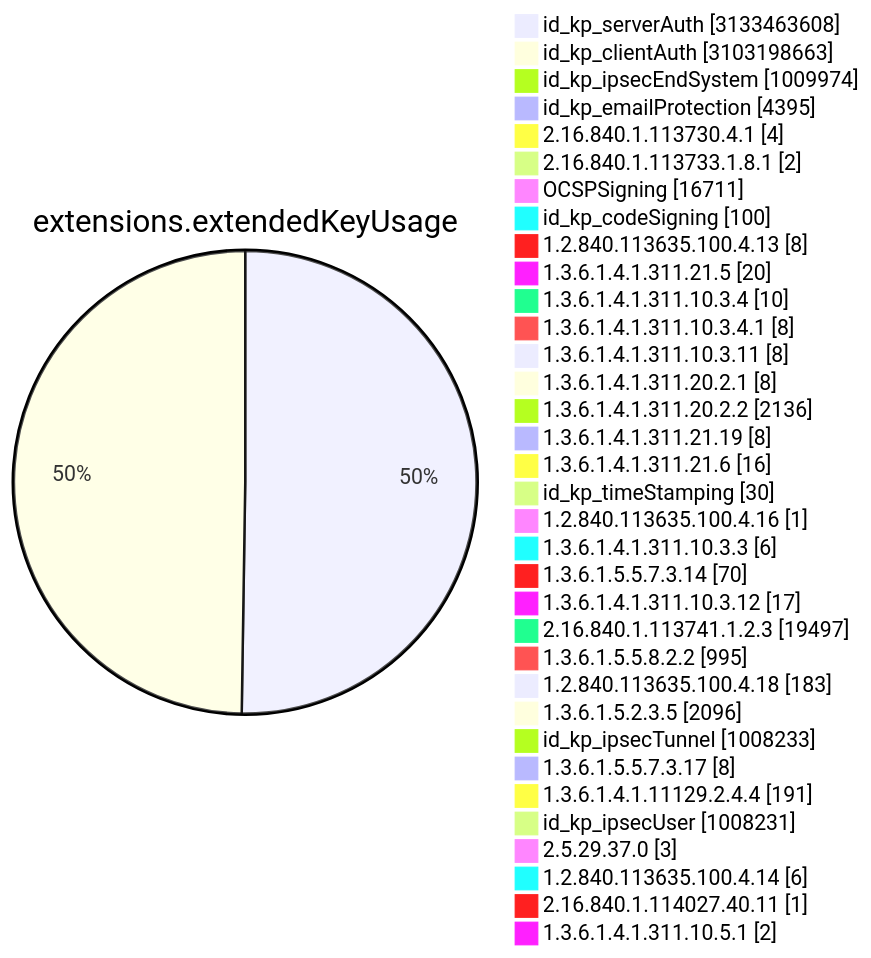
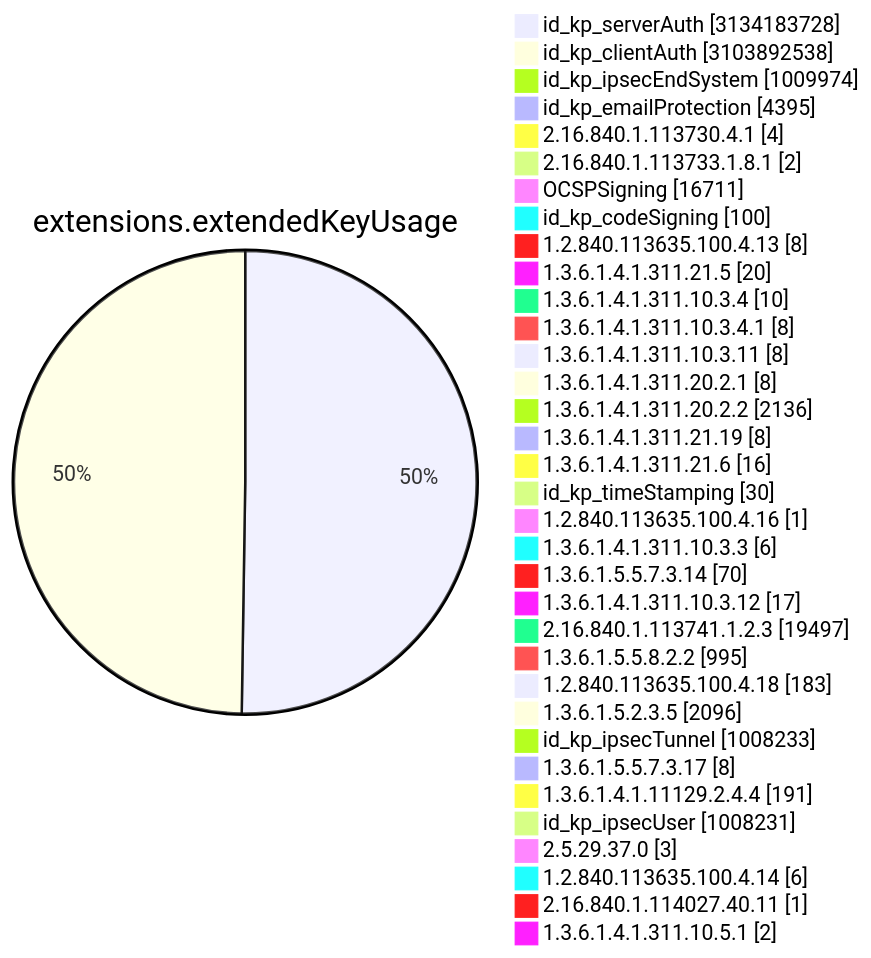
Before and after one commit to christiankrug/ctmonitor_visualization: diagram 11 of 15 in TOTAL/README.md, drawn with Mermaid. The commit also changed other lines of this file, not shown here.

````diff
--- a/TOTAL/README.md
+++ b/TOTAL/README.md
@@ -4119,38 +4119,38 @@
 ```mermaid
 pie showData
 title extensions.extendedKeyUsage
-"id_kp_serverAuth" :3133463608
-"id_kp_clientAuth" :3103198663
+"id_kp_serverAuth" :3134183728
+"id_kp_clientAuth" :3103892538
 "id_kp_ipsecEndSystem" :1009974
 "id_kp_emailProtection" :4395
 "2.16.840.1.113730.4.1" :4
 "2.16.840.1.113733.1.8.1" :2
 "OCSPSigning" :16711
 "id_kp_codeSigning" :100
 "1.2.840.113635.100.4.13" :8
 "1.3.6.1.4.1.311.21.5" :20
 "1.3.6.1.4.1.311.10.3.4" :10
 "1.3.6.1.4.1.311.10.3.4.1" :8
 "1.3.6.1.4.1.311.10.3.11" :8
 "1.3.6.1.4.1.311.20.2.1" :8
 "1.3.6.1.4.1.311.20.2.2" :2136
 "1.3.6.1.4.1.311.21.19" :8
 "1.3.6.1.4.1.311.21.6" :16
 "id_kp_timeStamping" :30
 "1.2.840.113635.100.4.16" :1
 "1.3.6.1.4.1.311.10.3.3" :6
 "1.3.6.1.5.5.7.3.14" :70
 "1.3.6.1.4.1.311.10.3.12" :17
 "2.16.840.1.113741.1.2.3" :19497
 "1.3.6.1.5.5.8.2.2" :995
 "1.2.840.113635.100.4.18" :183
 "1.3.6.1.5.2.3.5" :2096
 "id_kp_ipsecTunnel" :1008233
 "1.3.6.1.5.5.7.3.17" :8
 "1.3.6.1.4.1.11129.2.4.4" :191
 "id_kp_ipsecUser" :1008231
 "2.5.29.37.0" :3
 "1.2.840.113635.100.4.14" :6
 "2.16.840.1.114027.40.11" :1
 "1.3.6.1.4.1.311.10.5.1" :2
 ```
````
